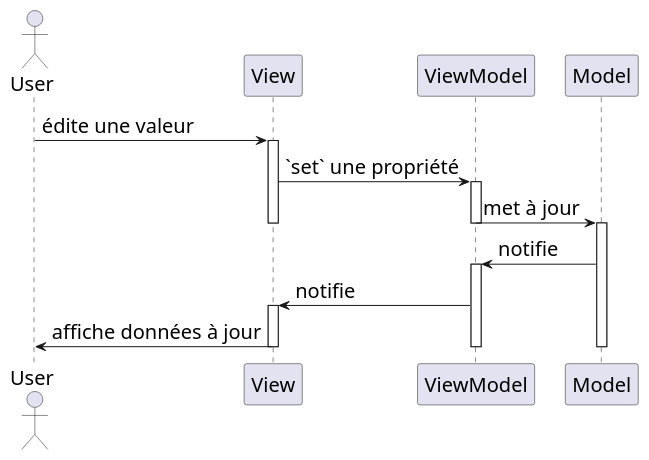
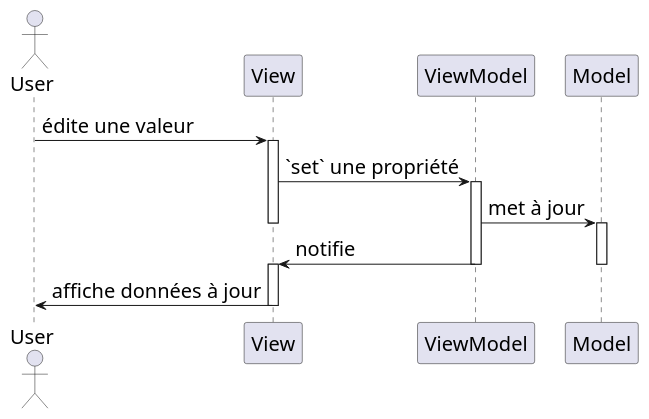
Before and after one commit to qlurkin/qlurkin.github.io: the second of 2 diagrams in docs/courses/poo/slides/deck6/index.md, drawn with PlantUML. The commit also changed 1 other file, not shown here.

````diff
--- a/docs/courses/poo/slides/deck6/index.md
+++ b/docs/courses/poo/slides/deck6/index.md
@@ -111,24 +111,21 @@
 ```plantuml {.build}
 skinparam defaultFontSize 20
 actor User
 participant View
 participant ViewModel
 participant Model
 
 User -> View: édite une valeur
 activate View
 View -> ViewModel: `set` une propriété
 activate ViewModel
 ViewModel -> Model: met à jour
-deactivate ViewModel
 deactivate View
 activate Model
-Model -> ViewModel: notifie
-activate ViewModel
 ViewModel -> View: notifie
+deactivate ViewModel
+deactivate Model
 activate View
 View -> User: affiche données à jour
 deactivate View
-deactivate ViewModel
-deactivate Model
 ```
````
